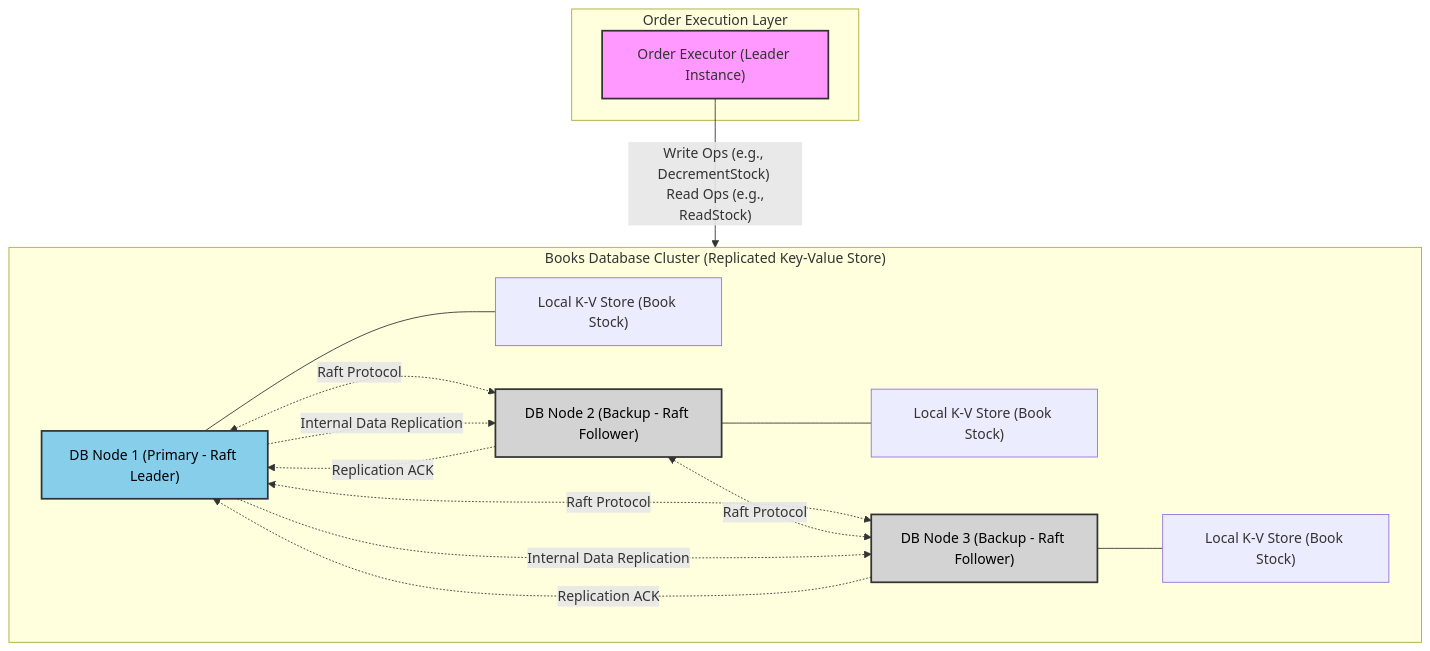
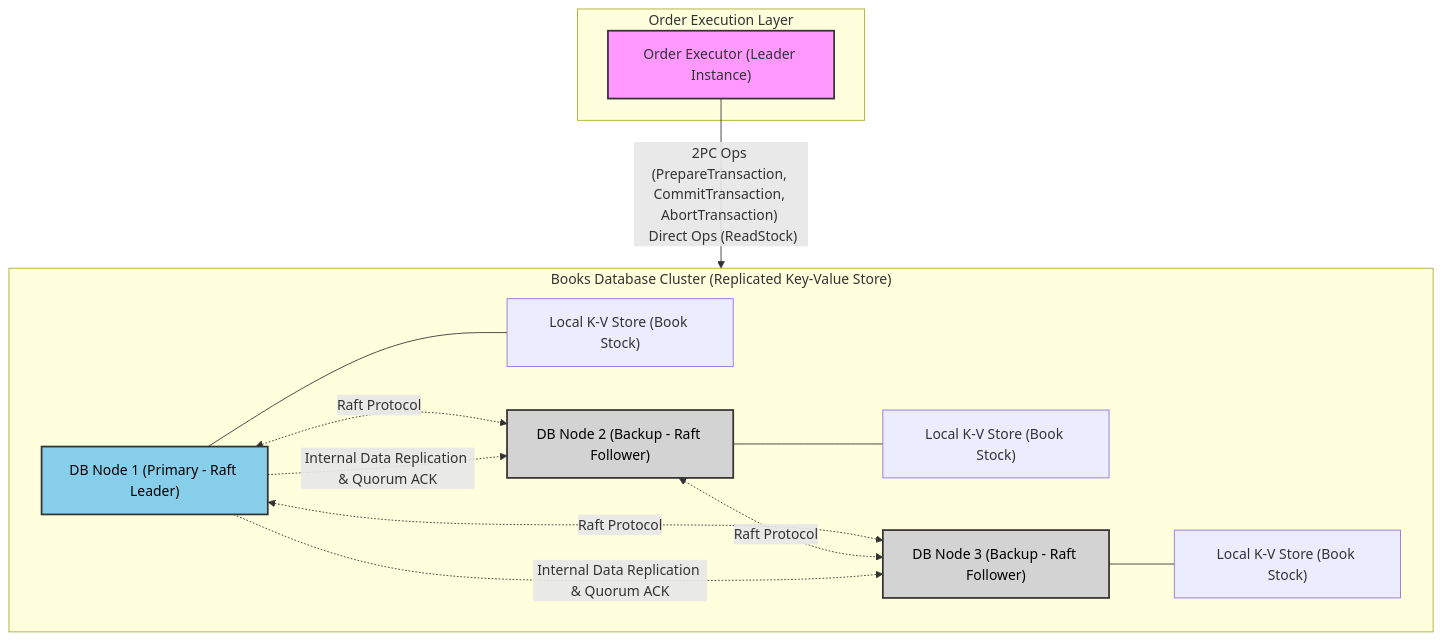
Before and after one commit to ahmedwael19/ds-practice-2025: the sixth of 9 diagrams in docs/README.md, drawn with Mermaid. The commit also changed other lines of this file and 7 other files, not shown here.

````diff
--- a/docs/README.md
+++ b/docs/README.md
@@ -510,45 +538,40 @@
 ```mermaid
 graph TD
     subgraph "Order Execution Layer"
         OE_Leader["Order Executor (Leader Instance)"]
     end
 
     subgraph "Books Database Cluster (Replicated Key-Value Store)"
         direction LR
         DBP["DB Node 1 (Primary - Raft Leader)"]
         DBB1["DB Node 2 (Backup - Raft Follower)"]
         DBB2["DB Node 3 (Backup - Raft Follower)"]
 
         style DBP fill:#87CEEB,stroke:#333,stroke-width:2px,color:#000
         style DBB1 fill:#D3D3D3,stroke:#333,stroke-width:2px,color:#000
         style DBB2 fill:#D3D3D3,stroke:#333,stroke-width:2px,color:#000
 
         DBP_Store["Local K-V Store (Book Stock)"]
         DBB1_Store["Local K-V Store (Book Stock)"]
         DBB2_Store["Local K-V Store (Book Stock)"]
 
         DBP --- DBP_Store
         DBB1 --- DBB1_Store
         DBB2 --- DBB2_Store
 
         %% Raft Communication for DB Leader Election & Heartbeats
         DBP <-. "Raft Protocol" .-> DBB1
         DBP <-. "Raft Protocol" .-> DBB2
         DBB1 <-. "Raft Protocol" .-> DBB2
     end
 
     %% Client (Order Executor) Operations
-    OE_Leader -- "Write Ops (e.g., DecrementStock) <br/> Read Ops (e.g., ReadStock)" --> DBP
+    OE_Leader -- "2PC Ops (PrepareTransaction, CommitTransaction, AbortTransaction) <br/> Direct Ops (ReadStock)" --> DBP
 
-    %% Primary to Backup Replication
-    DBP -.->|Internal Data Replication| DBB1
-    DBP -.->|Internal Data Replication| DBB2
-
-    %% Backup to Primary Acknowledgements
-    DBB1 -.->|Replication ACK| DBP
-    DBB2 -.->|Replication ACK| DBP
-
+    %% Primary to Backup Replication (for direct ops & 2PC commit data changes)
+    DBP -.->|Internal Data Replication & Quorum ACK| DBB1
+    DBP -.->|Internal Data Replication & Quorum ACK| DBB2
 
     classDef client fill:#f9f,stroke:#333,stroke-width:2px;
     class OE_Leader client;
 ```
````
